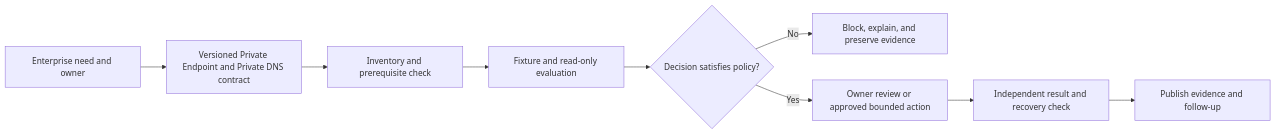
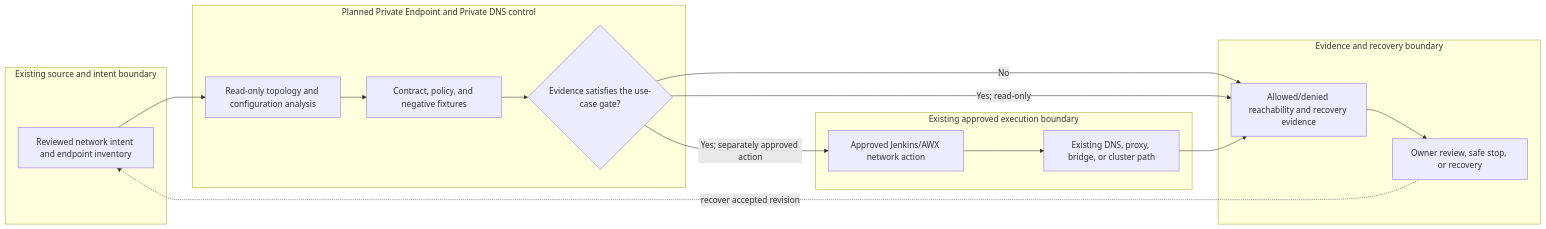
The diagram in docs/use-cases/network/UC-NET-023-private-endpoint-and-private-dns.md (MIDHTECH/enterprise-architecture-docs), drawn with Mermaid before and after one commit. The commit also changed other lines of this file and 227 other files, not shown here.

Commit message:
Deepen architecture for all use case designs

````diff
--- a/docs/use-cases/network/UC-NET-023-private-endpoint-and-private-dns.md
+++ b/docs/use-cases/network/UC-NET-023-private-endpoint-and-private-dns.md
@@ -136,11 +129,25 @@
 ```mermaid
 flowchart LR
-    Need["Enterprise need and owner"] --> Contract["Versioned Private Endpoint and Private DNS contract"]
-    Contract --> Preflight["Inventory and prerequisite check"]
-    Preflight --> Evaluate["Fixture and read-only evaluation"]
-    Evaluate --> Decision{"Decision satisfies policy?"}
-    Decision -->|No| Stop["Block, explain, and preserve evidence"]
-    Decision -->|Yes| Review["Owner review or approved bounded action"]
-    Review --> Verify["Independent result and recovery check"]
-    Verify --> Publish["Publish evidence and follow-up"]
+    subgraph Source["Existing source and intent boundary"]
+        A["Reviewed network intent and endpoint inventory"]
+    end
+    subgraph Planned["Planned Private Endpoint and Private DNS control"]
+        B["Read-only topology and configuration analysis"]
+        C["Contract, policy, and negative fixtures"]
+        D{"Evidence satisfies the use-case gate?"}
+    end
+    subgraph Runtime["Existing approved execution boundary"]
+        E["Approved Jenkins/AWX network action"]
+        F["Existing DNS, proxy, bridge, or cluster path"]
+    end
+    subgraph Assurance["Evidence and recovery boundary"]
+        G["Allowed/denied reachability and recovery evidence"]
+        H["Owner review, safe stop, or recovery"]
+    end
+
+    A --> B --> C --> D
+    D -->|No| G --> H
+    D -->|Yes; read-only| G
+    D -->|Yes; separately approved action| E --> F --> G
+    H -. recover accepted revision .-> A
 ```
````
